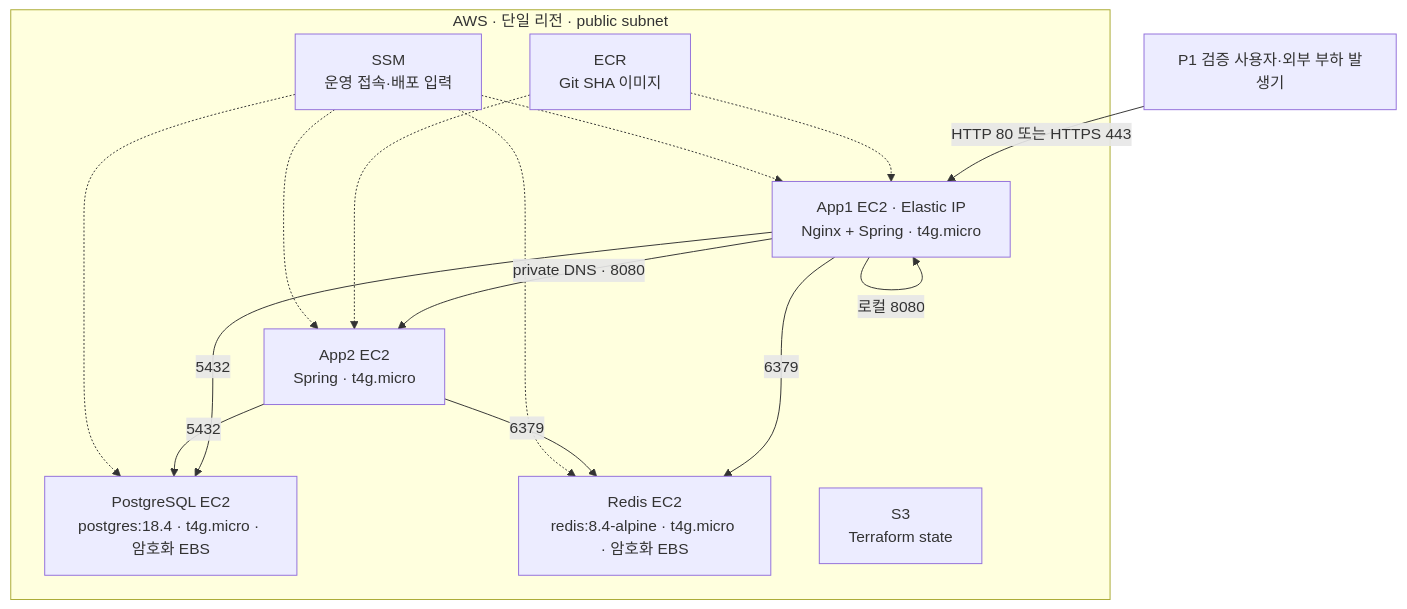
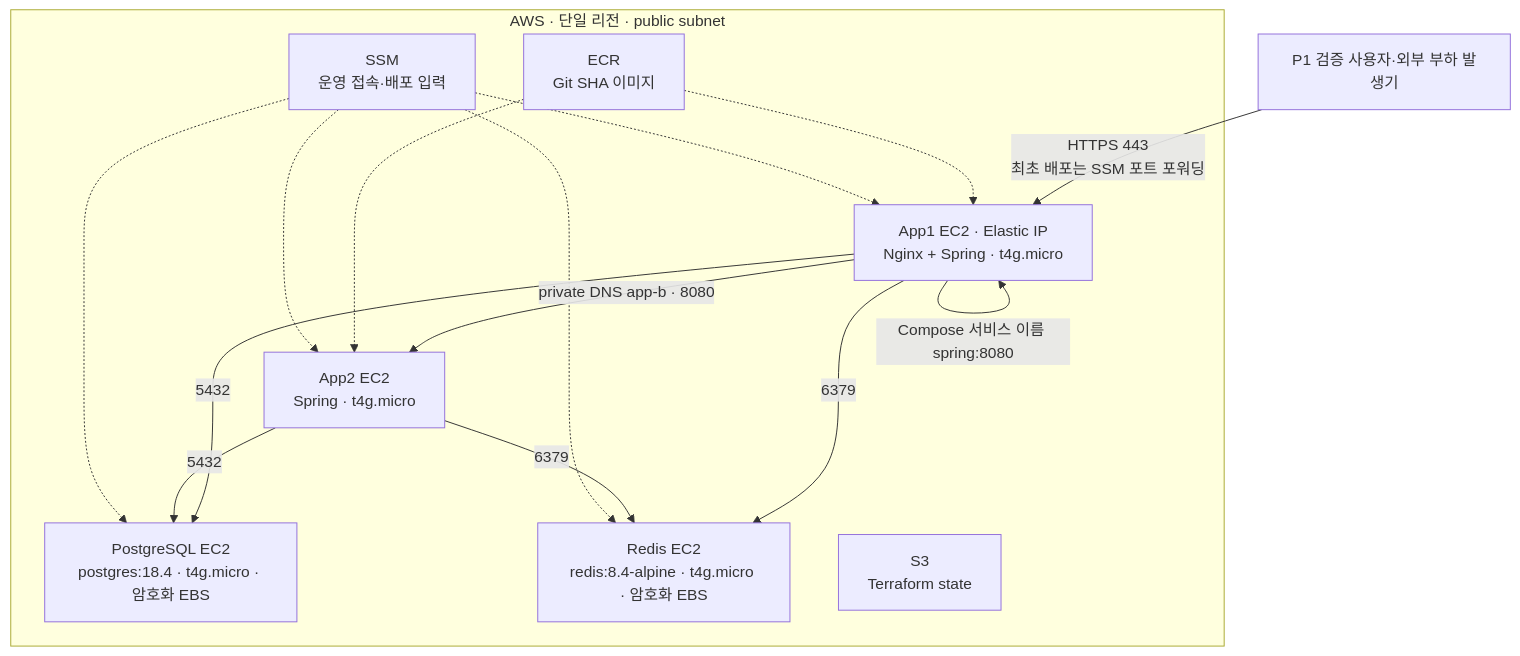
One commit to bamsongi-club/albam-mate changed the first of 2 diagrams in docs/guides/AWS_MULTI_INSTANCE_INFRASTRUCTURE.md. Above: the diagram before and after it, drawn with Mermaid. The commit also changed other lines of this file, not shown here.

````diff
--- a/docs/guides/AWS_MULTI_INSTANCE_INFRASTRUCTURE.md
+++ b/docs/guides/AWS_MULTI_INSTANCE_INFRASTRUCTURE.md
@@ -38,27 +39,27 @@
 ```mermaid
 flowchart TB
-    USER["P1 검증 사용자·외부 부하 발생기"] -->|"HTTP 80 또는 HTTPS 443"| NGINX["App1 EC2 · Elastic IP<br/>Nginx + Spring · t4g.micro"]
+    USER["P1 검증 사용자·외부 부하 발생기"] -->|"HTTPS 443<br/>최초 배포는 SSM 포트 포워딩"| NGINX["App1 EC2 · Elastic IP<br/>Nginx + Spring · t4g.micro"]
 
     subgraph AWS["AWS · 단일 리전 · public subnet"]
         NGINX
         APP2["App2 EC2<br/>Spring · t4g.micro"]
         DB["PostgreSQL EC2<br/>postgres:18.4 · t4g.micro · 암호화 EBS"]
         REDIS["Redis EC2<br/>redis:8.4-alpine · t4g.micro · 암호화 EBS"]
         ECR["ECR<br/>Git SHA 이미지"]
         SSM["SSM<br/>운영 접속·배포 입력"]
         STATE["S3<br/>Terraform state"]
     end
 
-    NGINX -->|"로컬 8080"| NGINX
-    NGINX -->|"private DNS · 8080"| APP2
+    NGINX -->|"Compose 서비스 이름 spring:8080"| NGINX
+    NGINX -->|"private DNS app-b · 8080"| APP2
     NGINX -->|"5432"| DB
     APP2 -->|"5432"| DB
     NGINX -->|"6379"| REDIS
     APP2 -->|"6379"| REDIS
     ECR -.-> NGINX
     ECR -.-> APP2
     SSM -.-> NGINX
     SSM -.-> APP2
     SSM -.-> DB
     SSM -.-> REDIS
 ```
````
